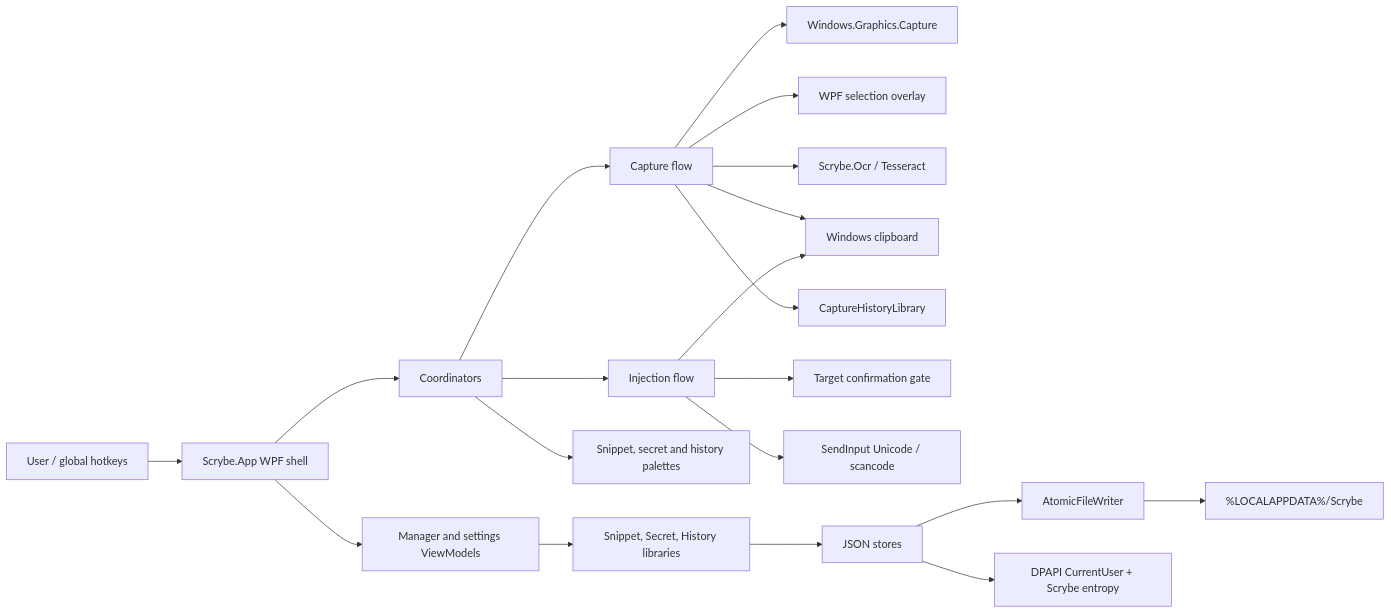
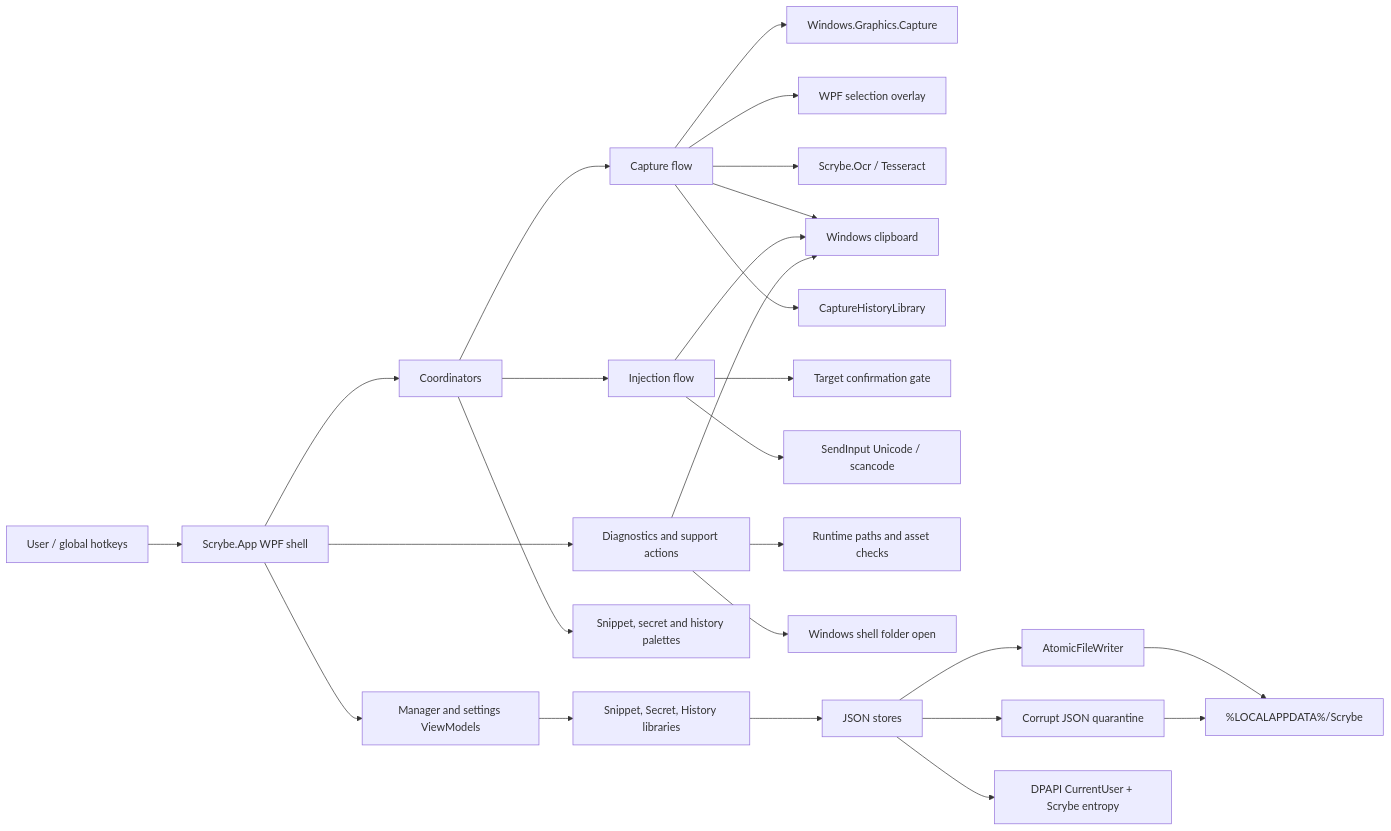
Before and after one commit to VBlackJack/Scrybe: the diagram in docs/architecture.md, drawn with Mermaid. The commit also changed other lines of this file and 1 other file, not shown here.

Commit message:
docs: document diagnostics and injection integrity

````diff
--- a/docs/architecture.md
+++ b/docs/architecture.md
@@ -15,26 +15,32 @@
 ```mermaid
 flowchart LR
     User["User / global hotkeys"] --> App["Scrybe.App WPF shell"]
     App --> Coordinators["Coordinators"]
     App --> ViewModels["Manager and settings ViewModels"]
+    App --> Diagnostics["Diagnostics and support actions"]
 
     Coordinators --> Capture["Capture flow"]
     Coordinators --> Injection["Injection flow"]
     Coordinators --> Palettes["Snippet, secret and history palettes"]
 
     Capture --> WGC["Windows.Graphics.Capture"]
     Capture --> Overlay["WPF selection overlay"]
     Capture --> Ocr["Scrybe.Ocr / Tesseract"]
     Capture --> Clipboard["Windows clipboard"]
     Capture --> History["CaptureHistoryLibrary"]
 
     Injection --> Confirm["Target confirmation gate"]
     Injection --> SendInput["SendInput Unicode / scancode"]
     Injection --> Clipboard
 
     ViewModels --> Libraries["Snippet, Secret, History libraries"]
+    Diagnostics --> LocalPaths["Runtime paths and asset checks"]
+    Diagnostics --> Shell["Windows shell folder open"]
+    Diagnostics --> Clipboard
     Libraries --> Stores["JSON stores"]
     Stores --> Atomic["AtomicFileWriter"]
+    Stores --> Quarantine["Corrupt JSON quarantine"]
     Stores --> DPAPI["DPAPI CurrentUser + Scrybe entropy"]
     Atomic --> Disk["%LOCALAPPDATA%/Scrybe"]
+    Quarantine --> Disk
 ```
````
